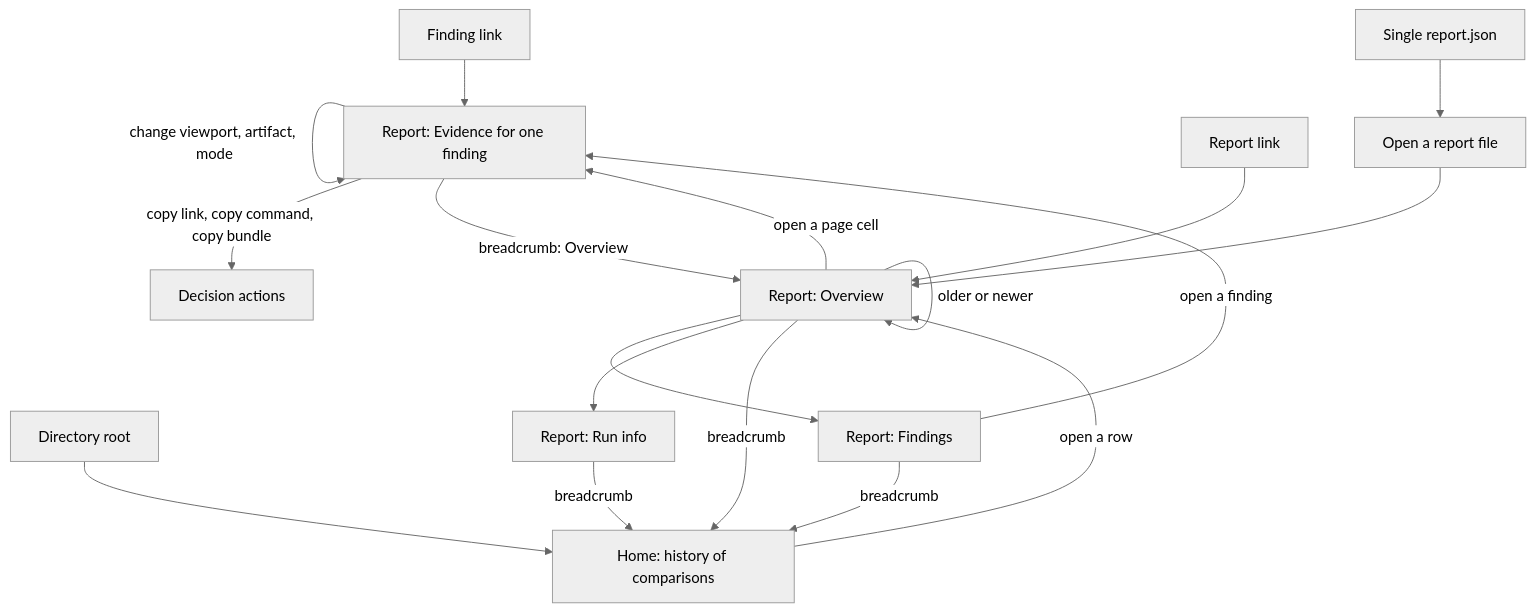
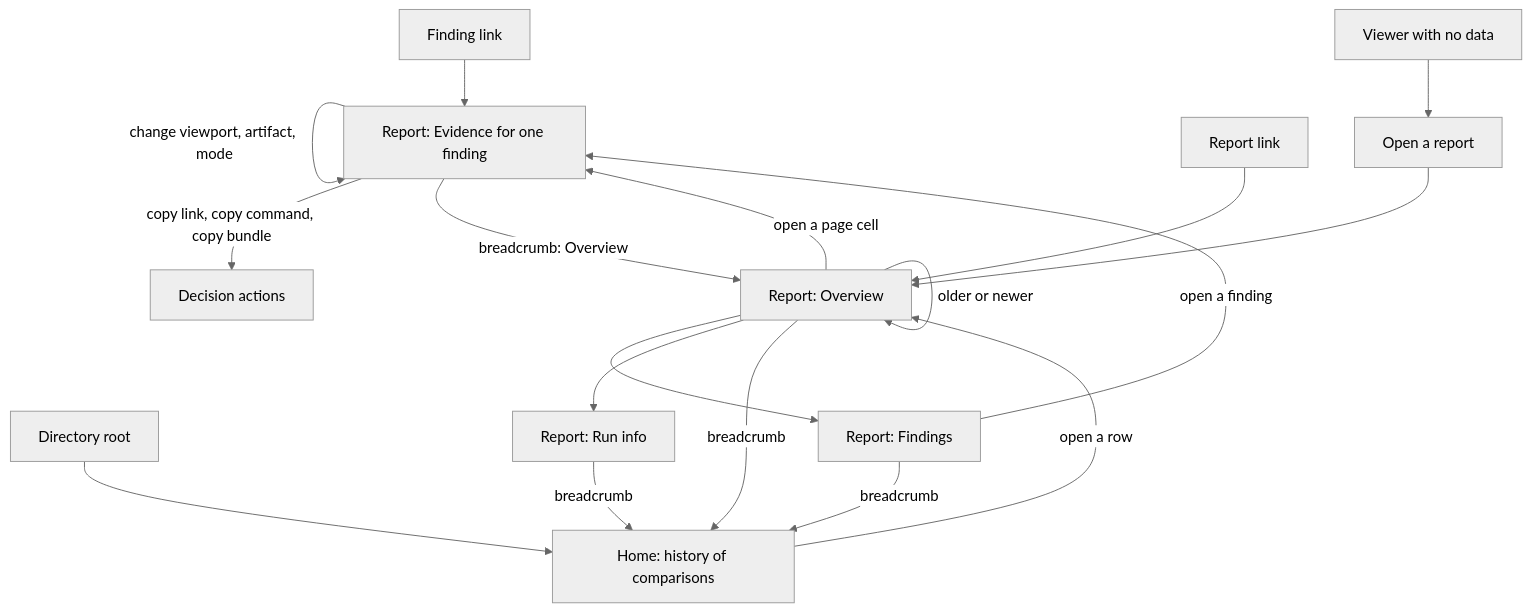
One commit to parisek/test-kit changed the diagram in docs/viewer-workflow.md. Above: the diagram before and after it, drawn with Mermaid (neutral theme). The commit also changed other lines of this file and 2 other files, not shown here.

First line of the commit message:
docs(design): fix the no-data entry and name the tier

````diff
--- a/docs/viewer-workflow.md
+++ b/docs/viewer-workflow.md
@@ -22,22 +22,22 @@
 ```mermaid
 flowchart TD
   F[Finding link] --> EV
   R[Report link] --> OV
   D[Directory root] --> HOME
-  S[Single report.json] --> OPEN[Open a report file]
+  S[Viewer with no data] --> OPEN[Open a report]
   OPEN --> OV
 
   HOME[Home: history of comparisons] -->|open a row| OV
   OV[Report: Overview] -->|open a page cell| EV
   OV --> FD[Report: Findings]
   OV --> RI[Report: Run info]
   FD -->|open a finding| EV
   EV[Report: Evidence for one finding] -->|change viewport, artifact, mode| EV
   EV -->|copy link, copy command, copy bundle| DEC[Decision actions]
 
   OV -->|breadcrumb| HOME
   FD -->|breadcrumb| HOME
   RI -->|breadcrumb| HOME
   EV -->|breadcrumb: Overview| OV
   OV -->|older or newer| OV
 ```
````
